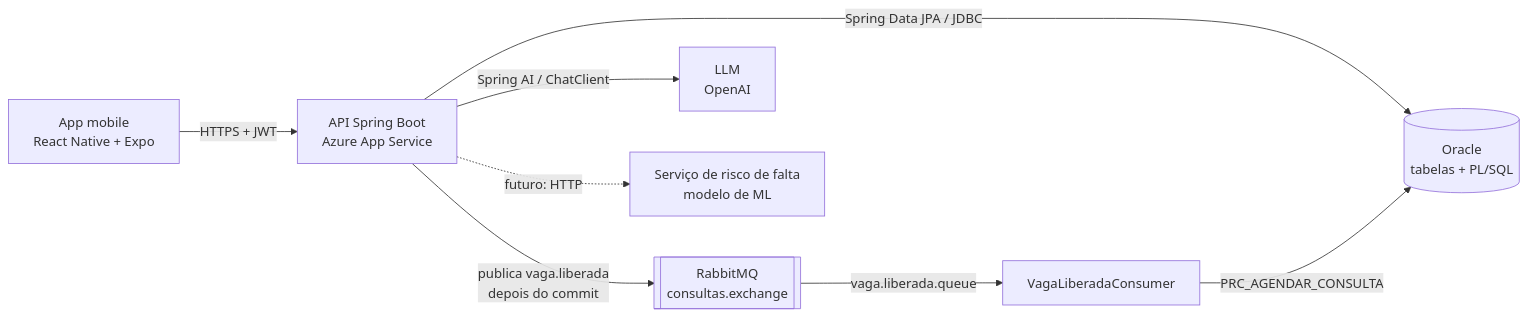
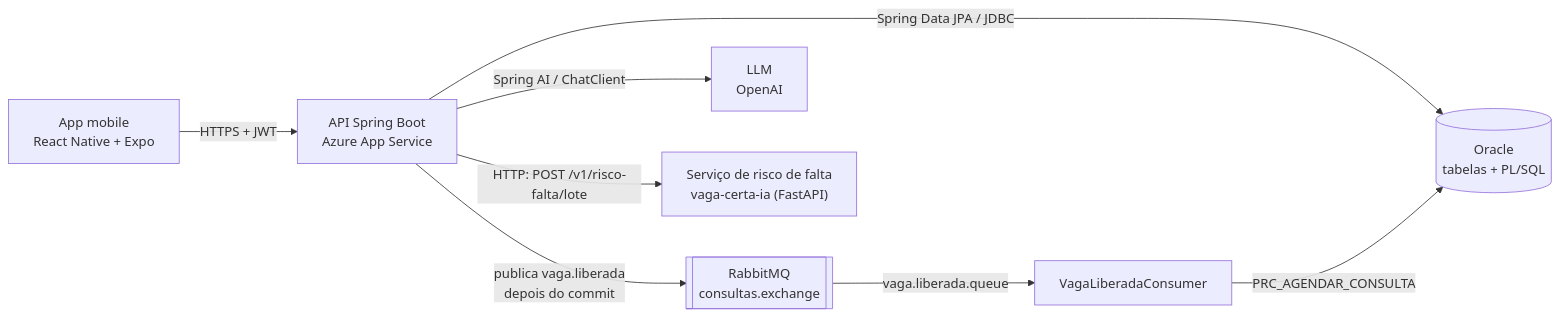
One commit to Nicolas-Jacob/cade-minha-consulta-api changed the first of 3 diagrams in README.md. Above: the diagram before and after it, drawn with Mermaid. The commit also changed other lines of this file and 1 other file, not shown here.

Commit message:
docs: documenta a integracao do risco de falta com o servico de IA

````diff
--- a/README.md
+++ b/README.md
@@ -45,10 +45,10 @@
 ```mermaid
 flowchart LR
     app["App mobile<br/>React Native + Expo"] -->|"HTTPS + JWT"| api["API Spring Boot<br/>Azure App Service"]
     api -->|"Spring Data JPA / JDBC"| db[("Oracle<br/>tabelas + PL/SQL")]
     api -->|"publica vaga.liberada<br/>depois do commit"| mq[["RabbitMQ<br/>consultas.exchange"]]
     mq -->|"vaga.liberada.queue"| consumer["VagaLiberadaConsumer"]
     consumer -->|"PRC_AGENDAR_CONSULTA"| db
     api -->|"Spring AI / ChatClient"| llm["LLM<br/>OpenAI"]
-    api -.->|"futuro: HTTP"| ml["Serviço de risco de falta<br/>modelo de ML"]
+    api -->|"HTTP: POST /v1/risco-falta/lote"| ml["Serviço de risco de falta<br/>vaga-certa-ia (FastAPI)"]
 ```
````
